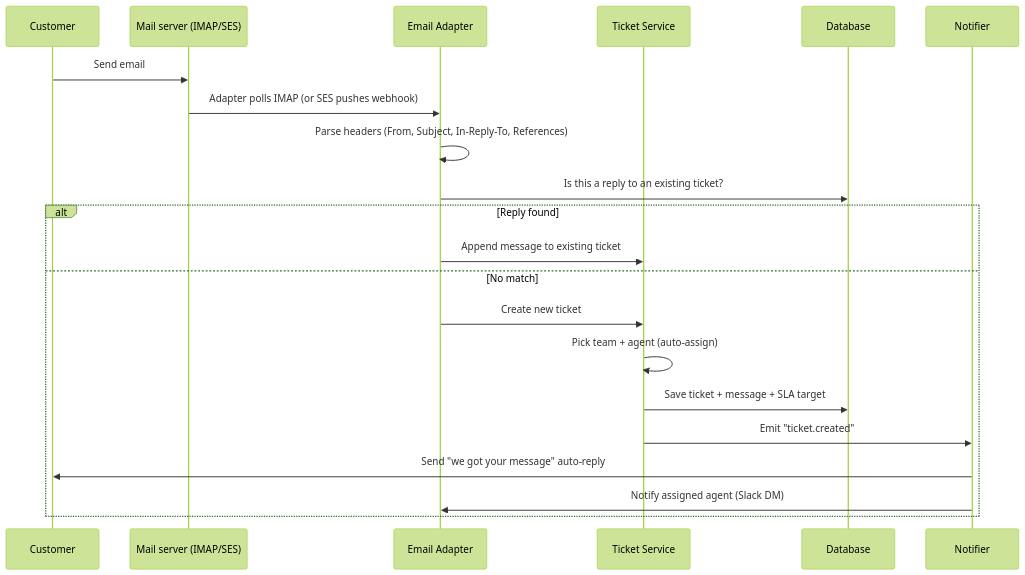
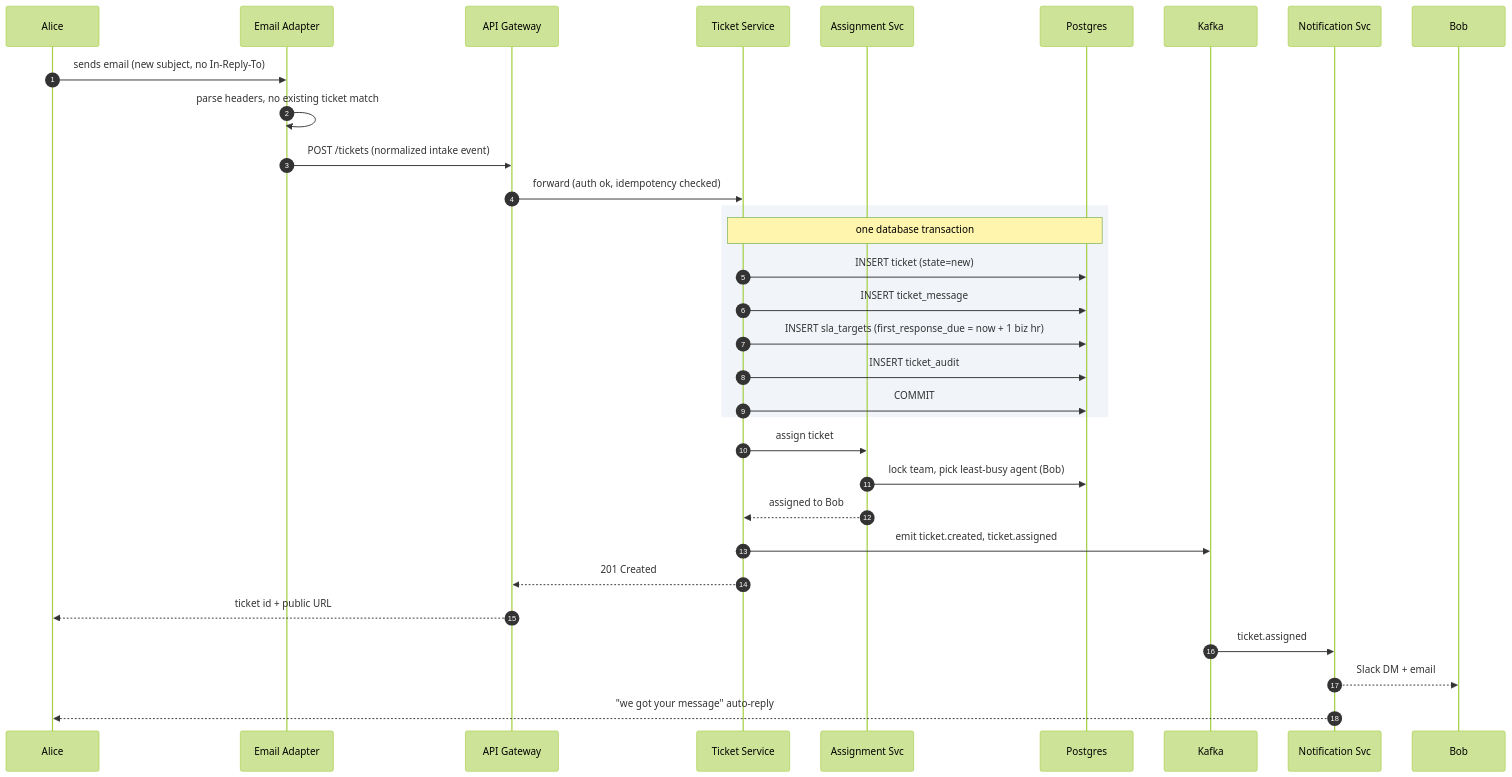
One commit to shiningflash/system-design changed the ninth of 10 diagrams in problems/019-helpdesk-ticketing/question.md. Above: the diagram before and after it, drawn with Mermaid (forest theme). The commit also changed other lines of this file and 38 other files, not shown here.

````diff
--- a/problems/019-helpdesk-ticketing/question.md
+++ b/problems/019-helpdesk-ticketing/question.md
@@ -180,24 +379,38 @@
 ```mermaid
 sequenceDiagram
-    participant C as Customer
-    participant M as Mail server (IMAP/SES)
-    participant A as Email Adapter
-    participant T as Ticket Service
-    participant D as Database
-    participant N as Notifier
+    autonumber
+    participant Alice
+    participant EA as Email Adapter
+    participant GW as API Gateway
+    participant E as Ticket Service
+    participant AS as Assignment Svc
+    participant DB as Postgres
+    participant K as Kafka
+    participant N as Notification Svc
 
-    C->>M: Send email
-    M->>A: Adapter polls IMAP (or SES pushes webhook)
-    A->>A: Parse headers (From, Subject, In-Reply-To, References)
-    A->>D: Is this a reply to an existing ticket?
-    alt Reply found
-        A->>T: Append message to existing ticket
-    else No match
-        A->>T: Create new ticket
-        T->>T: Pick team + agent (auto-assign)
-        T->>D: Save ticket + message + SLA target
-        T->>N: Emit "ticket.created"
-        N->>C: Send "we got your message" auto-reply
-        N->>A: Notify assigned agent (Slack DM)
+    Alice->>EA: sends email (new subject, no In-Reply-To)
+    EA->>EA: parse headers, no existing ticket match
+    EA->>GW: POST /tickets (normalized intake event)
+    GW->>E: forward (auth ok, idempotency checked)
+
+    rect rgb(241, 245, 249)
+        Note over E,DB: one database transaction
+        E->>DB: INSERT ticket (state=new)
+        E->>DB: INSERT ticket_message
+        E->>DB: INSERT sla_targets (first_response_due = now + 1 biz hr)
+        E->>DB: INSERT ticket_audit
+        E->>DB: COMMIT
     end
+
+    E->>AS: assign ticket
+    AS->>DB: lock team, pick least-busy agent (Bob)
+    AS-->>E: assigned to Bob
+
+    E->>K: emit ticket.created, ticket.assigned
+    E-->>GW: 201 Created
+    GW-->>Alice: ticket id + public URL
+
+    K->>N: ticket.assigned
+    N-->>Bob: Slack DM + email
+    N-->>Alice: "we got your message" auto-reply
 ```
````
